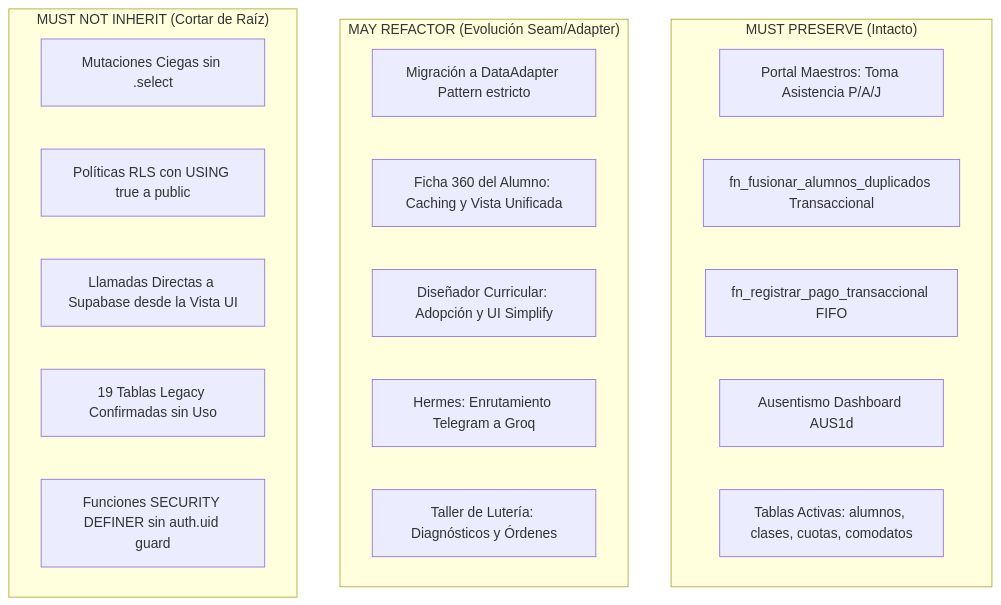
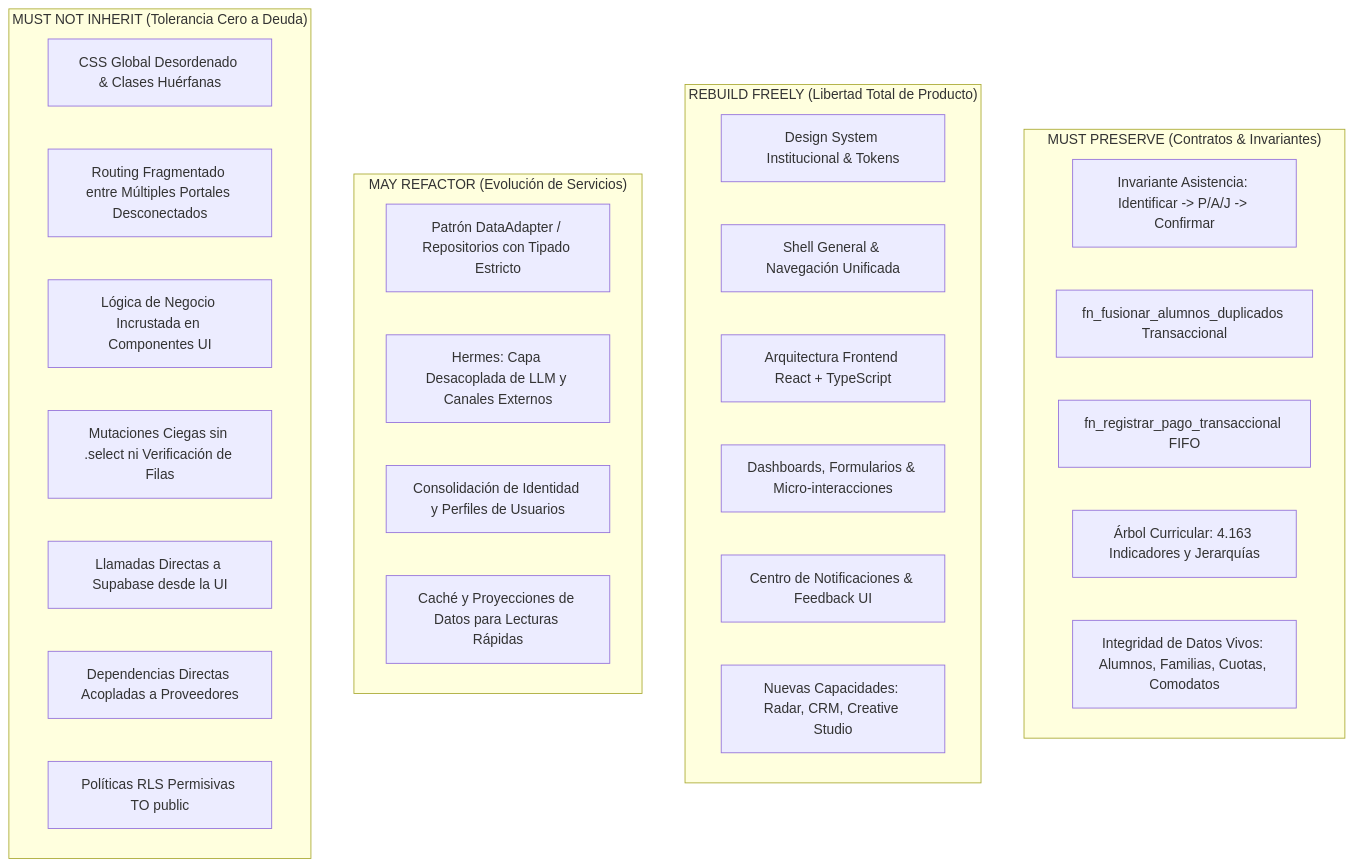
One commit to omarsuniaga/SOI_ElSistemaPC changed the diagram in docs/release-v1/SOI_V2_INHERITANCE_CONTRACT.md. Above: the diagram before and after it, drawn with Mermaid. The commit also changed other lines of this file and 2 other files, not shown here.

Commit message:
docs(release): elevate SOI 2.0 inheritance contract to 4-category product-first architecture

````diff
--- a/docs/release-v1/SOI_V2_INHERITANCE_CONTRACT.md
+++ b/docs/release-v1/SOI_V2_INHERITANCE_CONTRACT.md
@@ -22,26 +43,36 @@
 ```mermaid
 graph TD
-    subgraph "MUST PRESERVE (Intacto)"
-        A1[Portal Maestros: Toma Asistencia P/A/J]
-        A2[fn_fusionar_alumnos_duplicados Transaccional]
-        A3[fn_registrar_pago_transaccional FIFO]
-        A4[Ausentismo Dashboard AUS1d]
-        A5[Tablas Activas: alumnos, clases, cuotas, comodatos]
+    subgraph "MUST PRESERVE (Contratos & Invariantes)"
+        A1["Invariante Asistencia: Identificar -> P/A/J -> Confirmar"]
+        A2["fn_fusionar_alumnos_duplicados Transaccional"]
+        A3["fn_registrar_pago_transaccional FIFO"]
+        A4["Árbol Curricular: 4.163 Indicadores y Jerarquías"]
+        A5["Integridad de Datos Vivos: Alumnos, Familias, Cuotas, Comodatos"]
     end
 
-    subgraph "MAY REFACTOR (Evolución Seam/Adapter)"
-        B1[Migración a DataAdapter Pattern estricto]
-        B2[Ficha 360 del Alumno: Caching y Vista Unificada]
-        B3[Diseñador Curricular: Adopción y UI Simplify]
-        B4[Hermes: Enrutamiento Telegram a Groq]
-        B5[Taller de Lutería: Diagnósticos y Órdenes]
+    subgraph "REBUILD FREELY (Libertad Total de Producto)"
+        R1["Design System Institucional & Tokens"]
+        R2["Shell General & Navegación Unificada"]
+        R3["Arquitectura Frontend React + TypeScript"]
+        R4["Dashboards, Formularios & Micro-interacciones"]
+        R5["Centro de Notificaciones & Feedback UI"]
+        R6["Nuevas Capacidades: Radar, CRM, Creative Studio"]
     end
 
-    subgraph "MUST NOT INHERIT (Cortar de Raíz)"
-        C1[Mutaciones Ciegas sin .select]
-        C2[Políticas RLS con USING true a public]
-        C3[Llamadas Directas a Supabase desde la Vista UI]
-        C4[19 Tablas Legacy Confirmadas sin Uso]
-        C5[Funciones SECURITY DEFINER sin auth.uid guard]
+    subgraph "MAY REFACTOR (Evolución de Servicios)"
+        B1["Patrón DataAdapter / Repositorios con Tipado Estricto"]
+        B2["Hermes: Capa Desacoplada de LLM y Canales Externos"]
+        B3["Consolidación de Identidad y Perfiles de Usuarios"]
+        B4["Caché y Proyecciones de Datos para Lecturas Rápidas"]
+    end
+
+    subgraph "MUST NOT INHERIT (Tolerancia Cero a Deuda)"
+        C1["CSS Global Desordenado & Clases Huérfanas"]
+        C2["Routing Fragmentado entre Múltiples Portales Desconectados"]
+        C3["Lógica de Negocio Incrustada en Componentes UI"]
+        C4["Mutaciones Ciegas sin .select ni Verificación de Filas"]
+        C5["Llamadas Directas a Supabase desde la UI"]
+        C6["Dependencias Directas Acopladas a Proveedores"]
+        C7["Políticas RLS Permisivas TO public"]
     end
 ```
````
